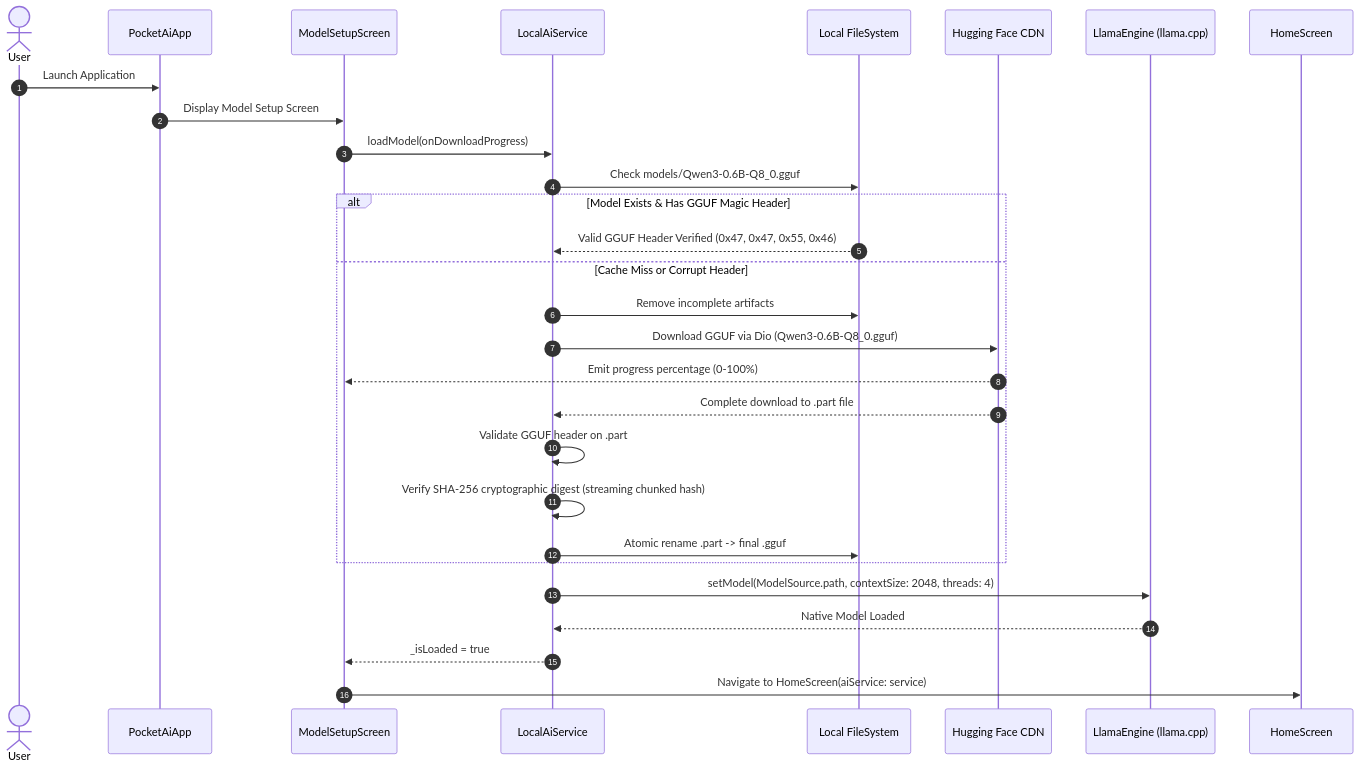
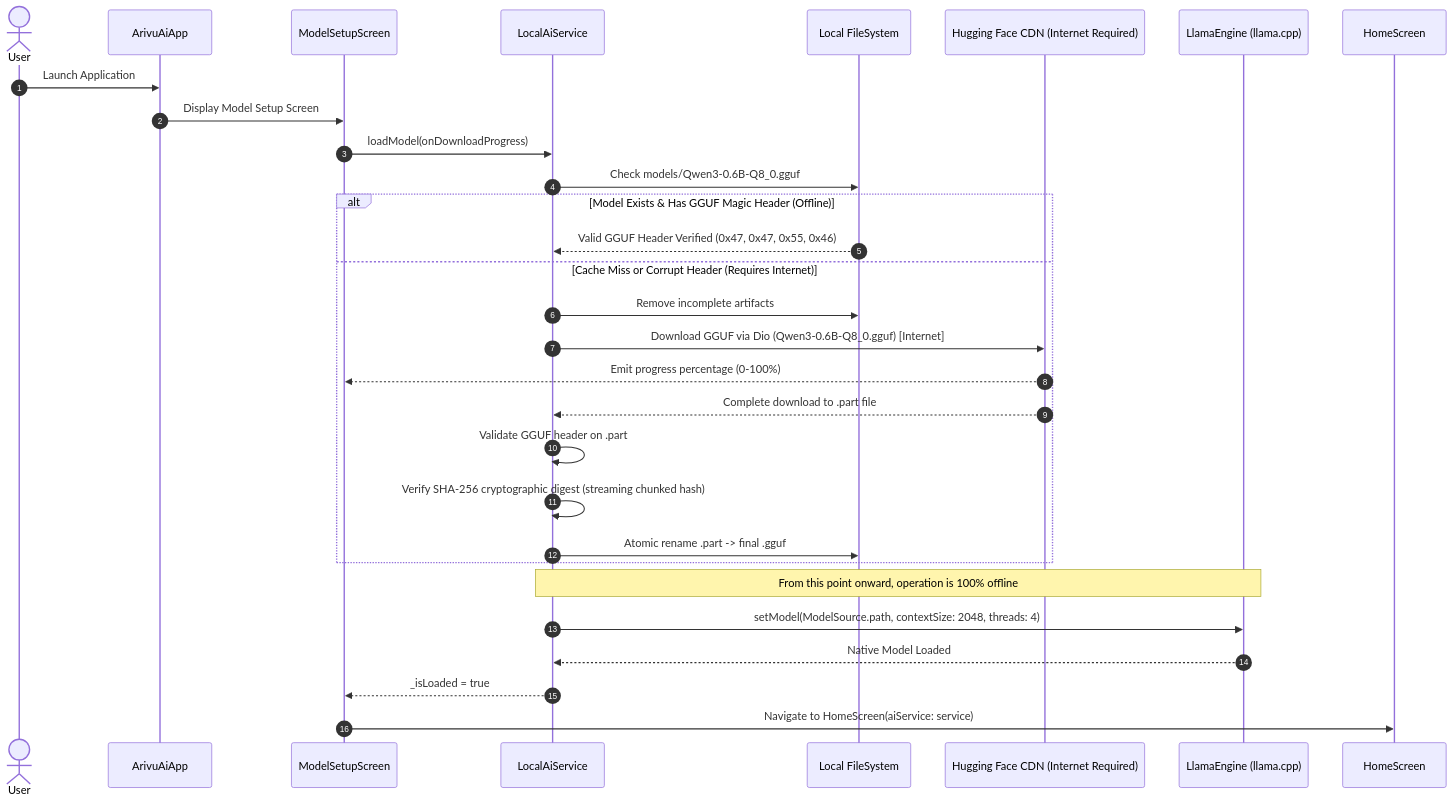
The second of 8 diagrams in docs/architecture.md (SubramanyaKS/PocketAI), drawn with Mermaid before and after one commit. The commit also changed other lines of this file and 3 other files, not shown here.

````diff
--- a/docs/architecture.md
+++ b/docs/architecture.md
@@ -118,34 +121,35 @@
 ```mermaid
 sequenceDiagram
     autonumber
     actor User
-    participant App as PocketAiApp
+    participant App as ArivuAiApp
     participant Setup as ModelSetupScreen
     participant Service as LocalAiService
     participant FS as Local FileSystem
-    participant HF as Hugging Face CDN
+    participant HF as Hugging Face CDN (Internet Required)
     participant Engine as LlamaEngine (llama.cpp)
     participant Home as HomeScreen
 
     User->>App: Launch Application
     App->>Setup: Display Model Setup Screen
     Setup->>Service: loadModel(onDownloadProgress)
     Service->>FS: Check models/Qwen3-0.6B-Q8_0.gguf
     
-    alt Model Exists & Has GGUF Magic Header
+    alt Model Exists & Has GGUF Magic Header (Offline)
         FS-->>Service: Valid GGUF Header Verified (0x47, 0x47, 0x55, 0x46)
-    else Cache Miss or Corrupt Header
+    else Cache Miss or Corrupt Header (Requires Internet)
         Service->>FS: Remove incomplete artifacts
-        Service->>HF: Download GGUF via Dio (Qwen3-0.6B-Q8_0.gguf)
+        Service->>HF: Download GGUF via Dio (Qwen3-0.6B-Q8_0.gguf) [Internet]
         HF-->>Setup: Emit progress percentage (0-100%)
         HF-->>Service: Complete download to .part file
         Service->>Service: Validate GGUF header on .part
         Service->>Service: Verify SHA-256 cryptographic digest (streaming chunked hash)
         Service->>FS: Atomic rename .part -> final .gguf
     end
 
+    Note over Service,Engine: From this point onward, operation is 100% offline
     Service->>Engine: setModel(ModelSource.path, contextSize: 2048, threads: 4)
     Engine-->>Service: Native Model Loaded
     Service-->>Setup: _isLoaded = true
     Setup->>Home: Navigate to HomeScreen(aiService: service)
 ```
````
